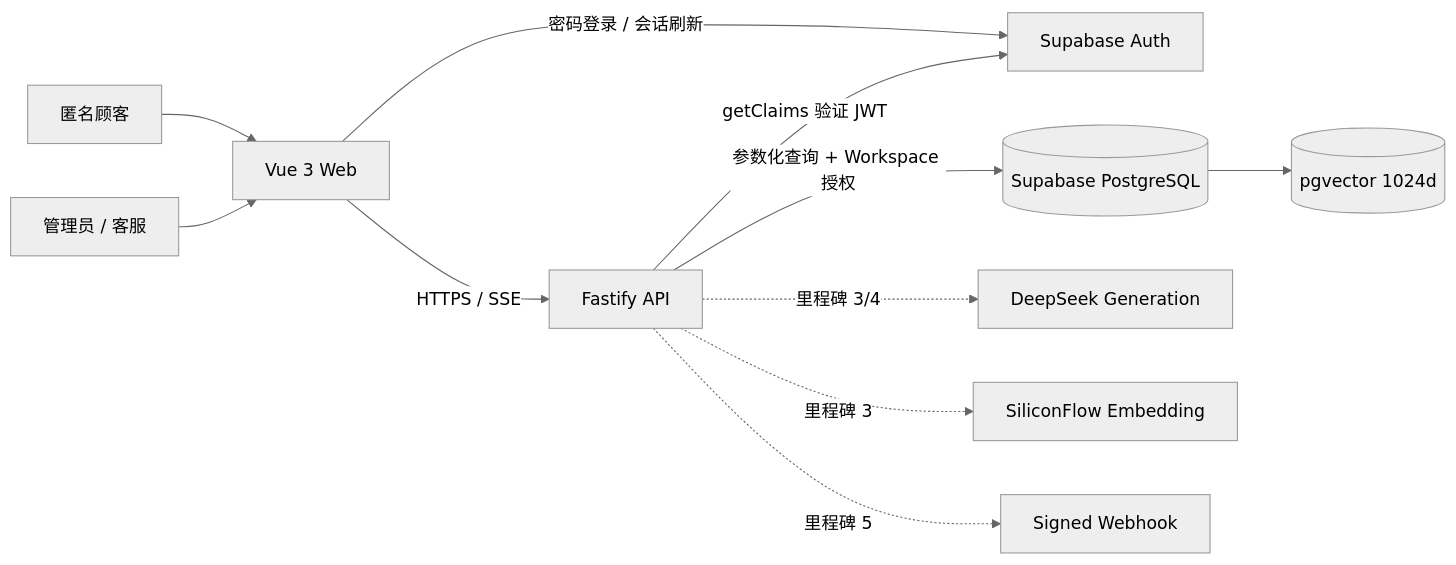
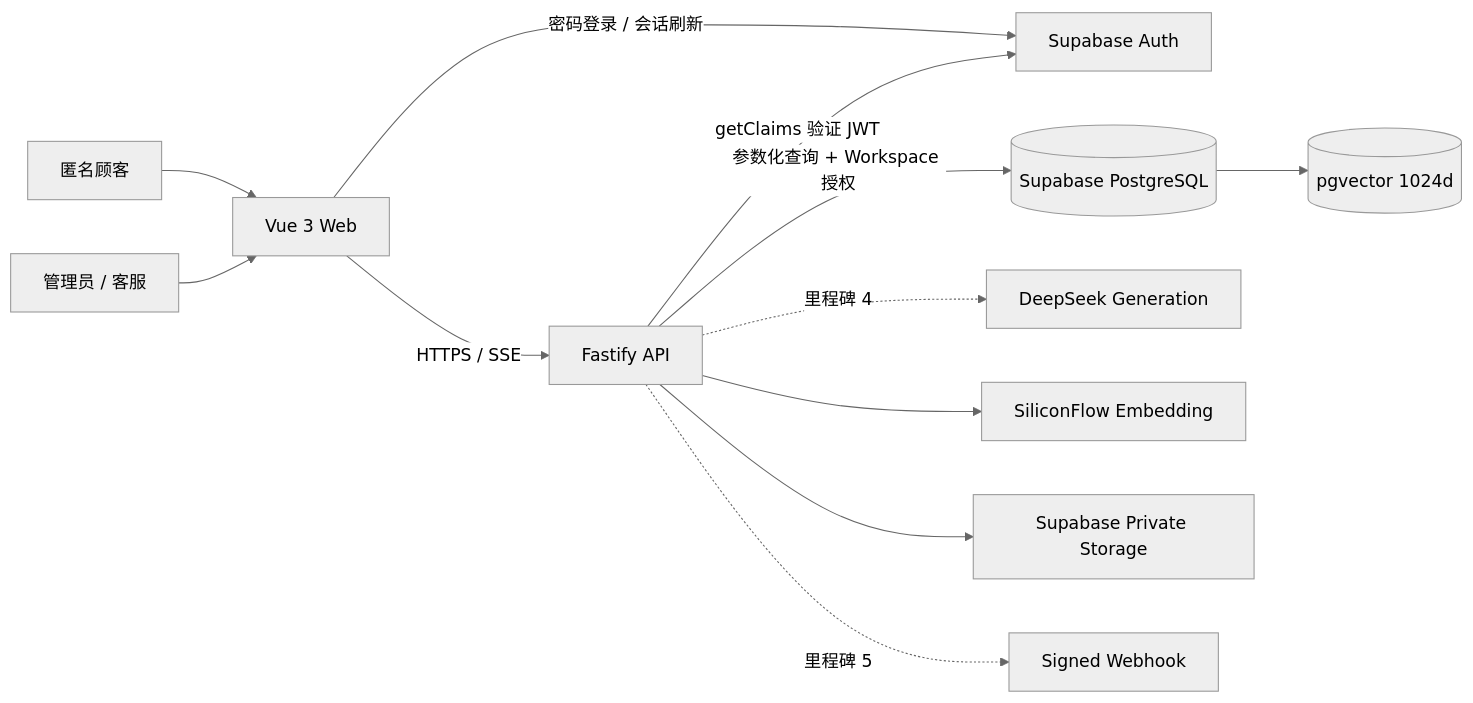
Before and after one commit to lsc-261013/grounddesk-ai: the diagram in docs/architecture.md, drawn with Mermaid (neutral theme). The commit also changed other lines of this file and 46 other files, not shown here.

````diff
--- a/docs/architecture.md
+++ b/docs/architecture.md
@@ -7,13 +7,14 @@
 ```mermaid
 flowchart LR
   Visitor[匿名顾客] --> Web[Vue 3 Web]
   Staff[管理员 / 客服] --> Web
   Web -->|密码登录 / 会话刷新| Auth[Supabase Auth]
   Web -->|HTTPS / SSE| API[Fastify API]
   API -->|getClaims 验证 JWT| Auth
   API -->|参数化查询 + Workspace 授权| Supabase[(Supabase PostgreSQL)]
   Supabase --> Vector[(pgvector 1024d)]
-  API -. 里程碑 3/4 .-> DeepSeek[DeepSeek Generation]
-  API -. 里程碑 3 .-> SiliconFlow[SiliconFlow Embedding]
+  API -. 里程碑 4 .-> DeepSeek[DeepSeek Generation]
+  API --> SiliconFlow[SiliconFlow Embedding]
+  API --> Storage[Supabase Private Storage]
   API -. 里程碑 5 .-> Webhook[Signed Webhook]
 ```
````
